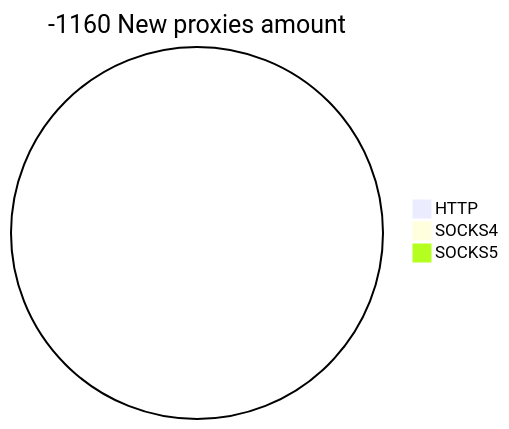
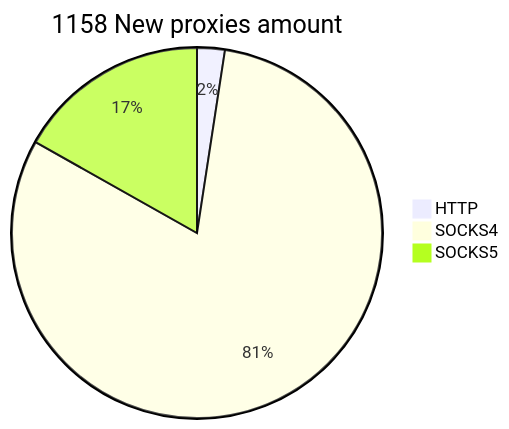
The second of 2 diagrams in README.md (cutipu/proxylist), drawn with Mermaid before and after one commit. The commit also changed other lines of this file, not shown here.

````diff
--- a/README.md
+++ b/README.md
@@ -10,6 +10,6 @@
 ```mermaid
-pie title -1160 New proxies amount
-    "HTTP" : 0
-    "SOCKS4" : 0
-    "SOCKS5" : 0
+pie title 1158 New proxies amount
+    "HTTP" : 28
+    "SOCKS4" : 935
+    "SOCKS5" : 195
 ```
````
